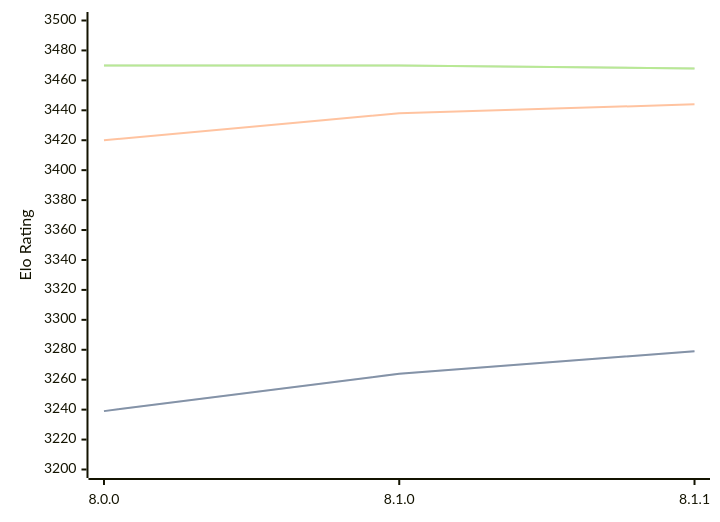
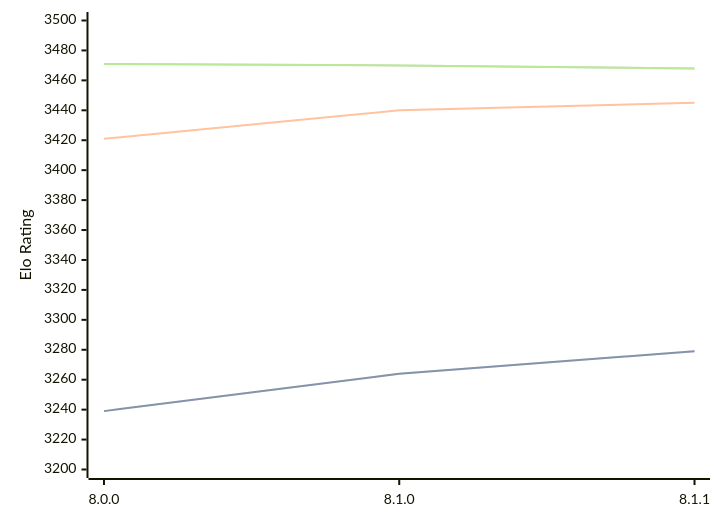
The diagram in engines/Velvet.md (computer-chess-index/cci), drawn with Mermaid before and after one commit. The commit also changed other lines of this file, not shown here.

Commit message:
Update CCI Ratings (ELO VLTC) - 2026-08-24

````diff
--- a/engines/Velvet.md
+++ b/engines/Velvet.md
@@ -33,11 +33,11 @@
 ```mermaid
 %%{init: {"theme":"base","themeVariables":{"seriesColors:['#a3a3a3','#222221','#faa371']}}}%%
 xychart-beta
   x-axis ["8.0.0", "8.1.0", "8.1.1"]
   y-axis "Elo Rating" 3200 --> 3500
   line "STC (8.0+0.08s)" [3239, 3264, 3279]
   line "STC (8.0+0.08s)" [3239, 3264, 3279]
-  line "LTC (60.0+0.60s)" [3420, 3438, 3444]
-  line "VLTC (2m24s+1.12s)" [3470, 3470, 3468]
-  line "VLTC (2m24s+1.12s)" [3470, 3470, 3468]
+  line "LTC (60.0+0.60s)" [3421, 3440, 3445]
+  line "VLTC (2m24s+1.12s)" [3471, 3470, 3468]
+  line "VLTC (2m24s+1.12s)" [3471, 3470, 3468]
 ```
````
